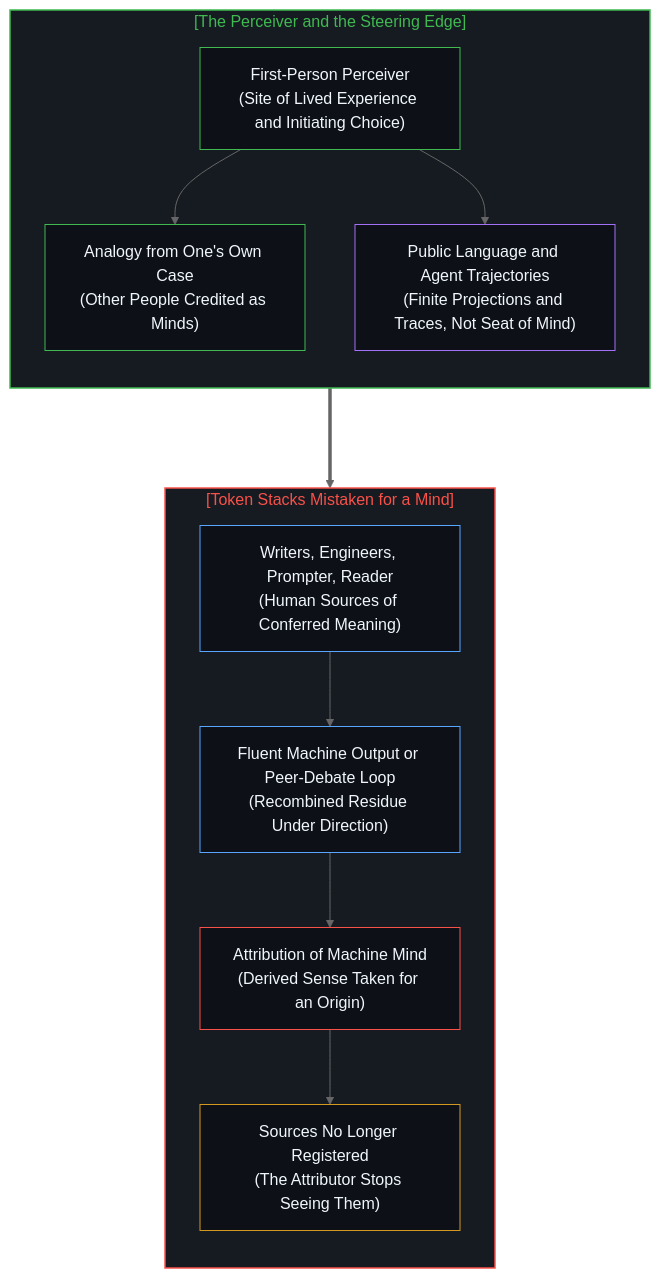
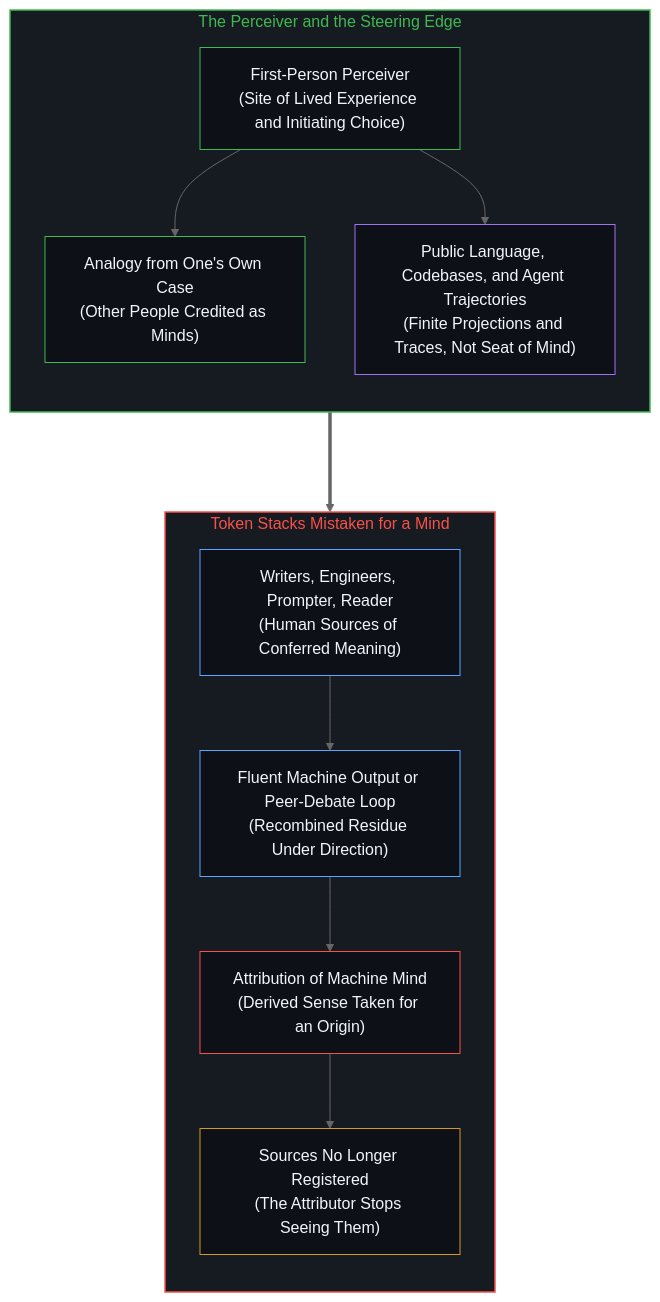
One commit to powerpig99/not-a-toe changed the second of 2 diagrams in content/posts/the-perceiver-and-the-trace.md. Above: the diagram before and after it, drawn with Mermaid (neutral theme). The commit also changed other lines of this file and 12 other files, not shown here.

````diff
--- a/content/posts/the-perceiver-and-the-trace.md
+++ b/content/posts/the-perceiver-and-the-trace.md
@@ -64,34 +64,34 @@
 ```mermaid
 flowchart TD
-    subgraph S_SOVEREIGNTY ["[The Perceiver and the Steering Edge]"]
+    subgraph S_SOVEREIGNTY ["The Perceiver and the Steering Edge"]
         direction TB
         M1["First-Person Perceiver<br/>(Site of Lived Experience and Initiating Choice)"]
         M2["Analogy from One's Own Case<br/>(Other People Credited as Minds)"]
-        M3["Public Language and Agent Trajectories<br/>(Finite Projections and Traces, Not Seat of Mind)"]
+        M3["Public Language, Codebases, and Agent Trajectories<br/>(Finite Projections and Traces, Not Seat of Mind)"]
         M1 --> M2
         M1 --> M3
     end
 
-    subgraph S_COLLAPSE ["[Token Stacks Mistaken for a Mind]"]
+    subgraph S_COLLAPSE ["Token Stacks Mistaken for a Mind"]
         direction TB
         C2["Writers, Engineers, Prompter, Reader<br/>(Human Sources of Conferred Meaning)"]
         C3["Fluent Machine Output or Peer-Debate Loop<br/>(Recombined Residue Under Direction)"]
         C4["Attribution of Machine Mind<br/>(Derived Sense Taken for an Origin)"]
         C1["Sources No Longer Registered<br/>(The Attributor Stops Seeing Them)"]
         C2 --> C3
         C3 --> C4
         C4 --> C1
     end
 
     M1 ===> C4
 
     style S_COLLAPSE fill:#161b22,stroke:#f85149,stroke-width:1.5px,color:#f85149
     style S_SOVEREIGNTY fill:#161b22,stroke:#3fb950,stroke-width:1.5px,color:#3fb950
     style C1 fill:#0d1117,stroke:#d29922,stroke-width:1px,color:#f0f6fc
     style C2 fill:#0d1117,stroke:#58a6ff,stroke-width:1px,color:#f0f6fc
     style C3 fill:#0d1117,stroke:#58a6ff,stroke-width:1px,color:#f0f6fc
     style C4 fill:#0d1117,stroke:#f85149,stroke-width:1px,color:#f0f6fc
     style M1 fill:#0d1117,stroke:#3fb950,stroke-width:1px,color:#f0f6fc
     style M2 fill:#0d1117,stroke:#3fb950,stroke-width:1px,color:#f0f6fc
     style M3 fill:#0d1117,stroke:#a371f7,stroke-width:1px,color:#f0f6fc
 ```
````
